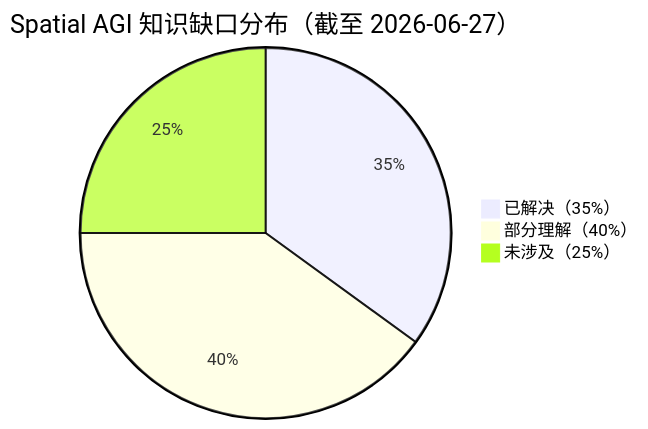
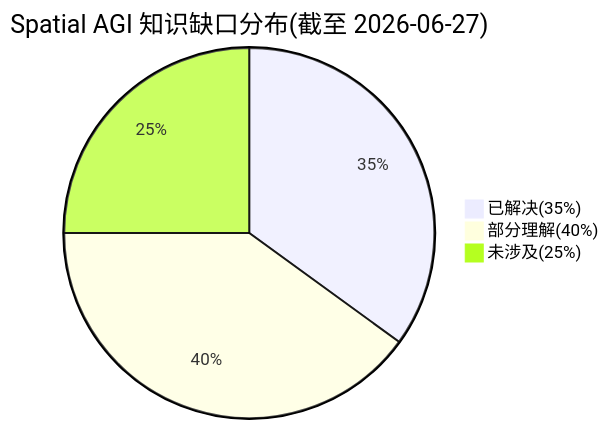
One commit to ahangchen/spatial_agi changed the fifth of 5 diagrams in daily_thinking/2026-06-27.md. Above: the diagram before and after it, drawn with Mermaid. The commit also changed other lines of this file, not shown here.

````diff
--- a/daily_thinking/2026-06-27.md
+++ b/daily_thinking/2026-06-27.md
@@ -517,6 +581,6 @@
 ```mermaid
-pie title Spatial AGI 知识缺口分布（截至 2026-06-27）
-    "已解决（35%）" : 35
-    "部分理解（40%）" : 40
-    "未涉及（25%）" : 25
+pie title Spatial AGI 知识缺口分布(截至 2026-06-27)
+    "已解决(35%)" : 35
+    "部分理解(40%)" : 40
+    "未涉及(25%)" : 25
 ```
````
